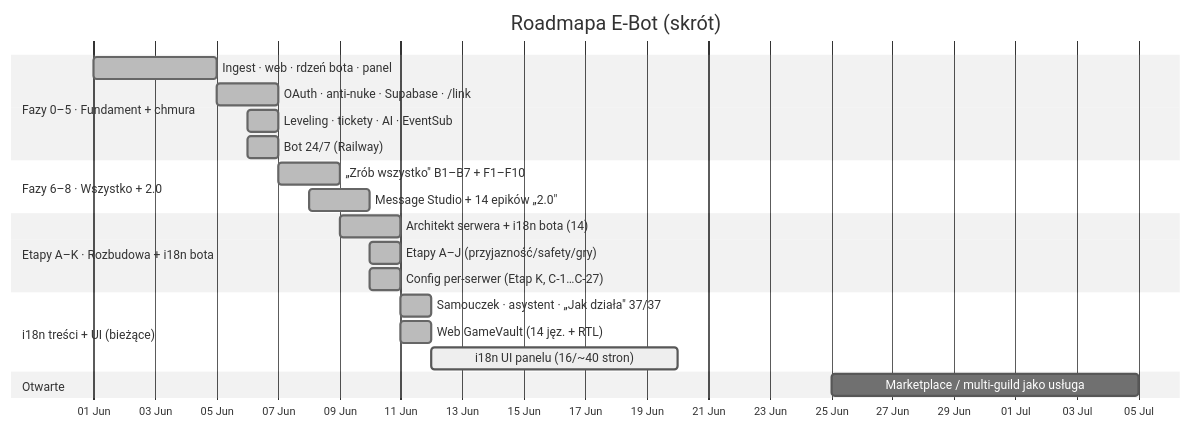
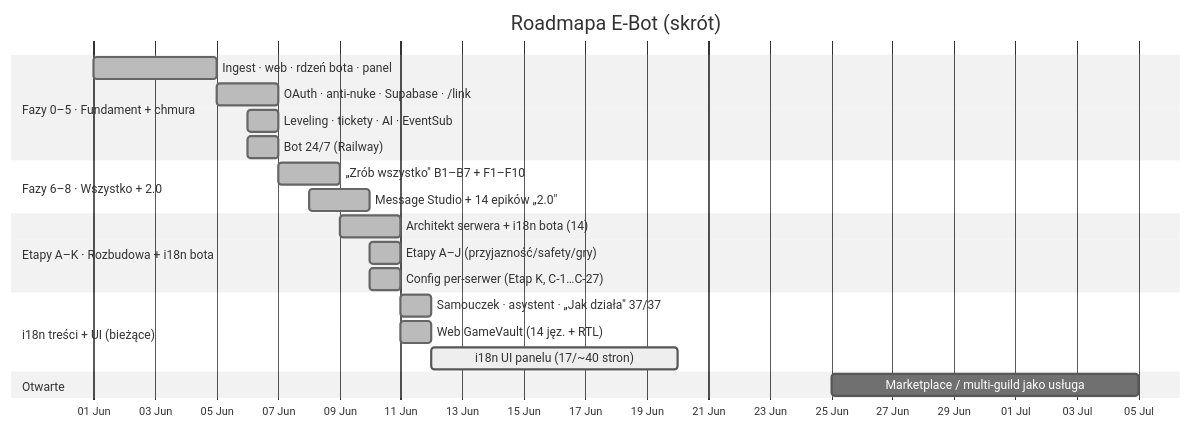
Before and after one commit to Gh0s777tt/E-Bot: the first of 2 diagrams in docs/ROADMAP.md, drawn with Mermaid (neutral theme). The commit also changed other lines of this file and 6 other files, not shown here.

````diff
--- a/docs/ROADMAP.md
+++ b/docs/ROADMAP.md
@@ -23,24 +23,24 @@
 ```mermaid
 gantt
   title Roadmapa E-Bot (skrót)
   dateFormat YYYY-MM-DD
   axisFormat %d %b
   section Fazy 0–5 · Fundament + chmura
   Ingest · web · rdzeń bota · panel    :done, f0, 2026-06-01, 4d
   OAuth · anti-nuke · Supabase · /link :done, f1, 2026-06-05, 2d
   Leveling · tickety · AI · EventSub   :done, f4, 2026-06-06, 1d
   Bot 24/7 (Railway)                   :done, f5, 2026-06-06, 1d
   section Fazy 6–8 · Wszystko + 2.0
   „Zrób wszystko" B1–B7 + F1–F10       :done, f7, 2026-06-07, 2d
   Message Studio + 14 epików „2.0"     :done, f8, 2026-06-08, 2d
   section Etapy A–K · Rozbudowa + i18n bota
   Architekt serwera + i18n bota (14)   :done, ek1, 2026-06-09, 2d
   Etapy A–J (przyjazność/safety/gry)   :done, ek2, 2026-06-10, 1d
   Config per-serwer (Etap K, C-1…C-27) :done, ek3, 2026-06-10, 1d
   section i18n treści + UI (bieżące)
   Samouczek · asystent · „Jak działa" 37/37 :done, i1, 2026-06-11, 1d
   Web GameVault (14 jęz. + RTL)        :done, i2, 2026-06-11, 1d
-  i18n UI panelu (16/~40 stron)        :active, i3, 2026-06-12, 8d
+  i18n UI panelu (17/~40 stron)        :active, i3, 2026-06-12, 8d
   section Otwarte
   Marketplace / multi-guild jako usługa :        mk, 2026-06-25, 10d
 ```
````
